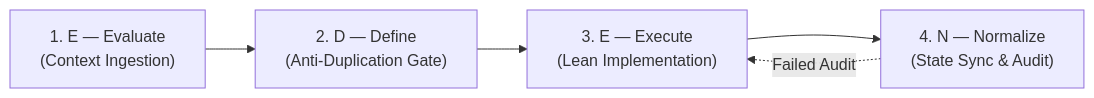
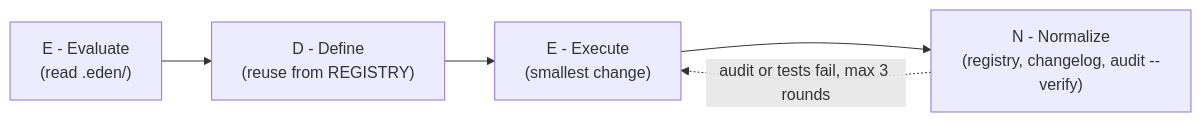
The diagram in README.md (TrialBlazer23/E.D.E.N.-Protocol), drawn with Mermaid before and after one commit. The commit also changed other lines of this file and 30 other files, not shown here.

````diff
--- a/README.md
+++ b/README.md
@@ -46,7 +53,7 @@
 ```mermaid
 flowchart LR
-    A["1. E — Evaluate<br/>(Context Ingestion)"] --> B["2. D — Define<br/>(Anti-Duplication Gate)"]
-    B --> C["3. E — Execute<br/>(Lean Implementation)"]
-    C --> D["4. N — Normalize<br/>(State Sync & Audit)"]
-    D -.->|Failed Audit| C
+    A["E - Evaluate<br/>(read .eden/)"] --> B["D - Define<br/>(reuse from REGISTRY)"]
+    B --> C["E - Execute<br/>(smallest change)"]
+    C --> D["N - Normalize<br/>(registry, changelog, audit --verify)"]
+    D -.->|audit or tests fail, max 3 rounds| C
 ```
````
